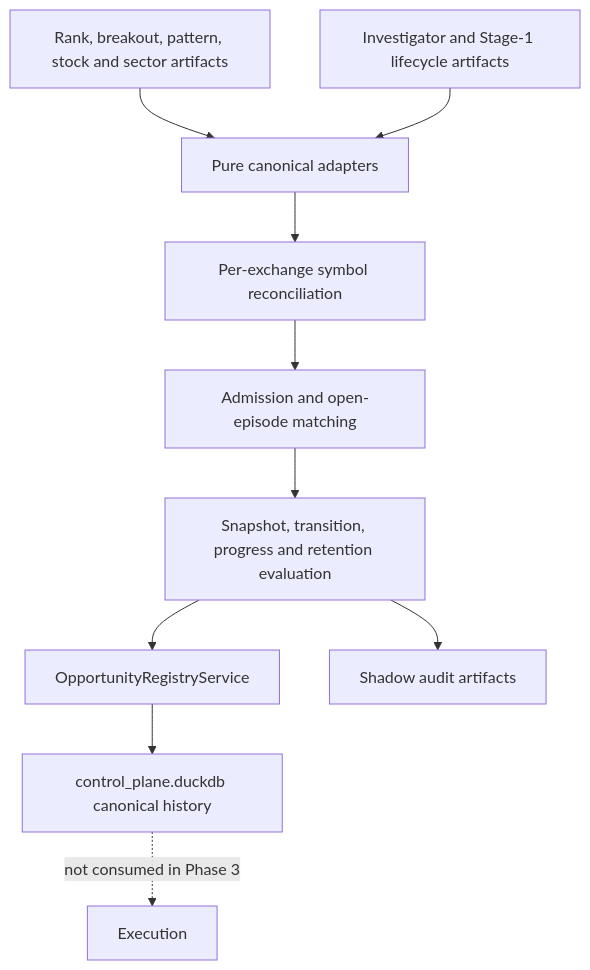
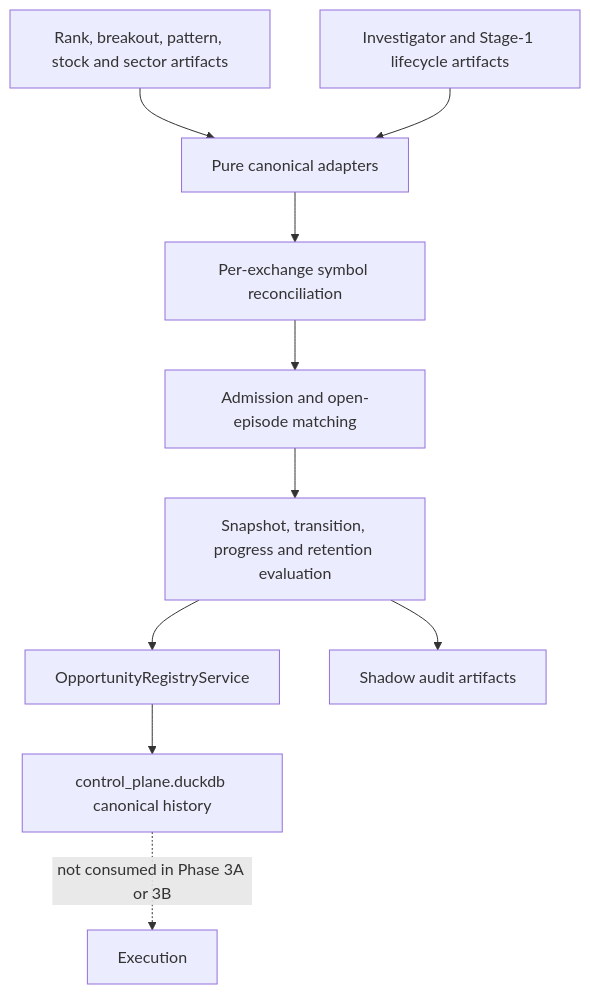
One commit to prashantsirohi/ai-trading-system changed the diagram in docs/architecture/opportunity_shadow_orchestration.md. Above: the diagram before and after it, drawn with Mermaid. The commit also changed other lines of this file and 39 other files, not shown here.

````diff
--- a/docs/architecture/opportunity_shadow_orchestration.md
+++ b/docs/architecture/opportunity_shadow_orchestration.md
@@ -18,12 +18,12 @@
 ```mermaid
 flowchart TD
     R["Rank, breakout, pattern, stock and sector artifacts"] --> A["Pure canonical adapters"]
     I["Investigator and Stage-1 lifecycle artifacts"] --> A
     A --> C["Per-exchange symbol reconciliation"]
     C --> M["Admission and open-episode matching"]
     M --> L["Snapshot, transition, progress and retention evaluation"]
     L --> D["OpportunityRegistryService"]
     L --> F["Shadow audit artifacts"]
     D --> CP["control_plane.duckdb canonical history"]
-    CP -. "not consumed in Phase 3" .-> X["Execution"]
+    CP -. "not consumed in Phase 3A or 3B" .-> X["Execution"]
 ```
````
